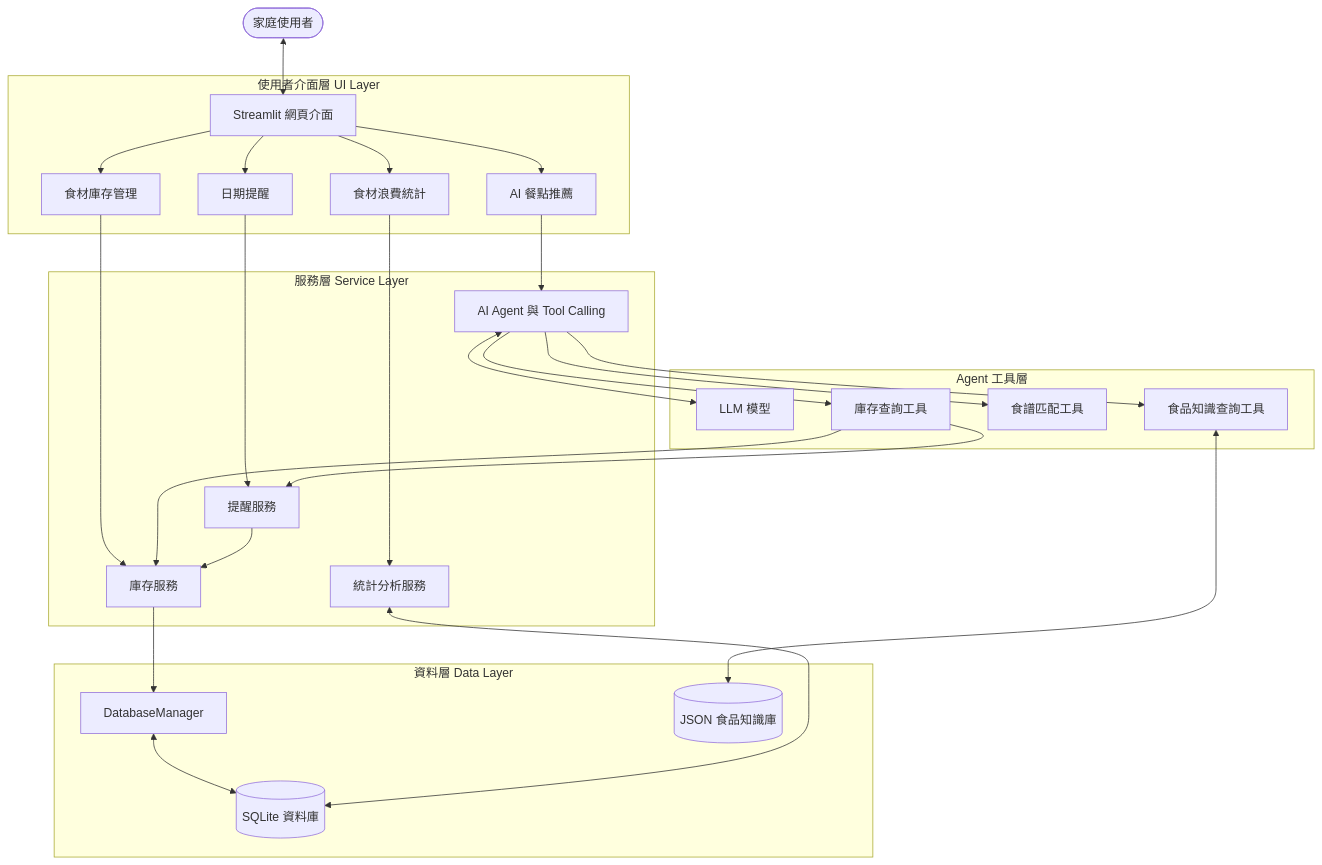
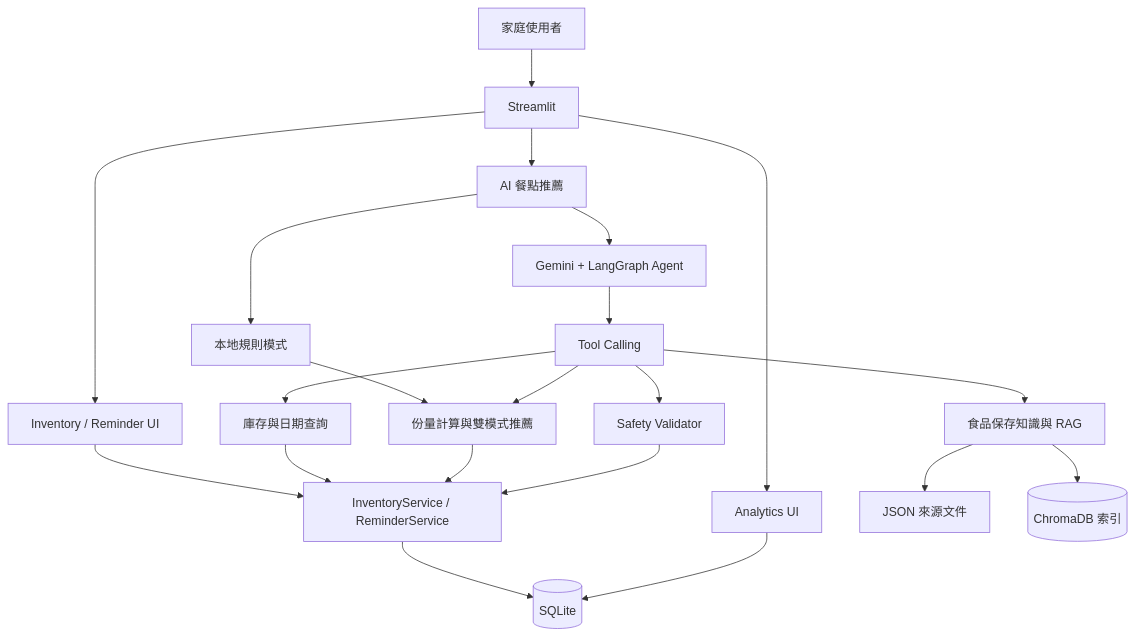
The diagram in README.md (Chen-Fanny/Food-Guardian), drawn with Mermaid before and after one commit. The commit also changed other lines of this file and 42 other files, not shown here.

Commit message:
Update AI agent, RAG, recipe safety, evaluations and documentation

````diff
--- a/README.md
+++ b/README.md
@@ -186,35 +188,23 @@
 ```mermaid
 flowchart TD
-    User([家庭使用者]) <--> UI[Streamlit 網頁介面]
-
-    subgraph Presentation[使用者介面層 UI Layer]
-        UI --> ViewInv[食材庫存管理]
-        UI --> ViewRemind[日期提醒]
-        UI --> ViewAgent[AI 餐點推薦]
-        UI --> ViewAnalytics[食材浪費統計]
-    end
-
-    subgraph Services[服務層 Service Layer]
-        ViewInv --> SvcInv[庫存服務]
-        ViewRemind --> SvcRemind[提醒服務]
-        ViewAgent --> AgentCore[AI Agent 與 Tool Calling]
-        ViewAnalytics --> SvcAnalytics[統計分析服務]
-    end
-
-    subgraph Tools[Agent 工具層]
-        AgentCore <--> LLM[LLM 模型]
-        AgentCore --> ToolInv[庫存查詢工具]
-        AgentCore --> ToolRecipe[食譜匹配工具]
-        AgentCore --> ToolKB[食品知識查詢工具]
-    end
-
-    subgraph Data[資料層 Data Layer]
-        ToolInv --> SvcInv
-        ToolInv --> SvcRemind
-        SvcRemind --> SvcInv
-        SvcInv --> DBManager[DatabaseManager]
-        DBManager <--> DB[(SQLite 資料庫)]
-        SvcAnalytics <--> DB
-        ToolKB <--> KB[(JSON 食品知識庫)]
-    end
+    U[家庭使用者] --> UI[Streamlit]
+    UI --> INV[Inventory / Reminder UI]
+    UI --> CHAT[AI 餐點推薦]
+    UI --> ANA[Analytics UI]
+    INV --> SVC[InventoryService / ReminderService]
+    SVC --> SQLITE[(SQLite)]
+    CHAT --> AG[Gemini + LangGraph Agent]
+    CHAT --> LOCAL[本地規則模式]
+    AG --> TOOLS[Tool Calling]
+    LOCAL --> PORTION[Recipe / Portion Service]
+    TOOLS --> INVTOOLS[庫存與日期查詢]
+    TOOLS --> PORTION[份量計算與雙模式推薦]
+    TOOLS --> SAFE[Safety Validator]
+    TOOLS --> KNOW[食品保存知識與 RAG]
+    INVTOOLS --> SVC
+    PORTION --> SVC
+    SAFE --> SVC
+    KNOW --> JSON[JSON 來源文件]
+    KNOW --> CHROMA[(ChromaDB 索引)]
+    ANA --> SQLITE
 ```
````
